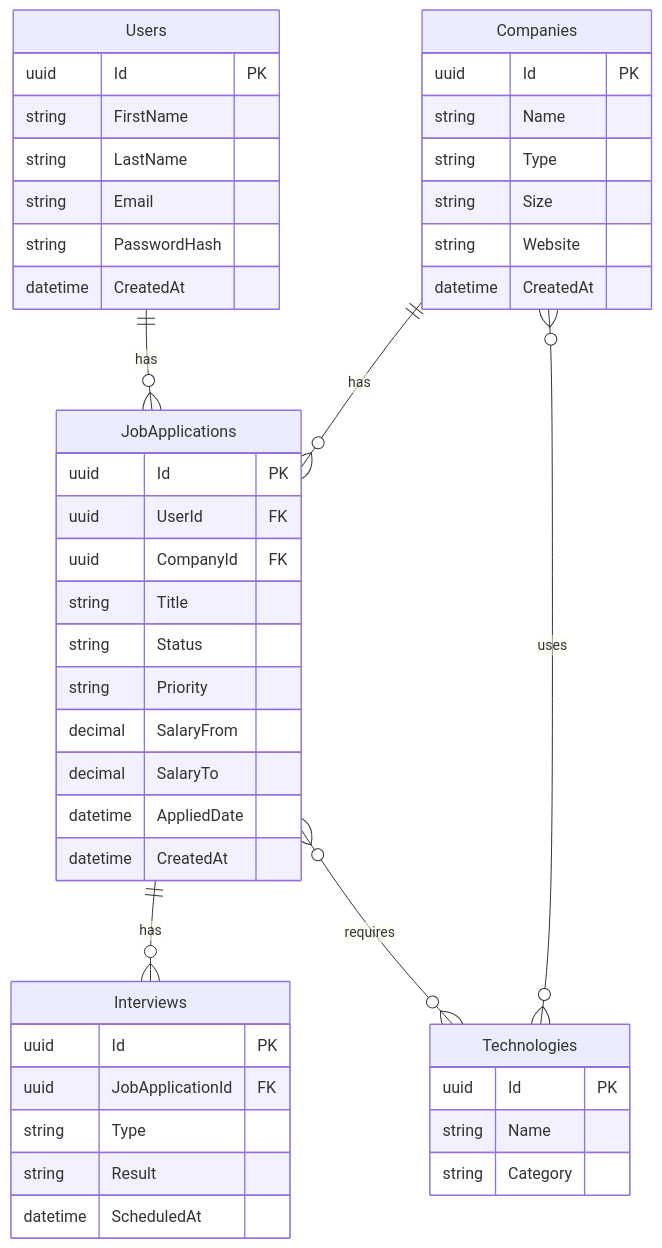
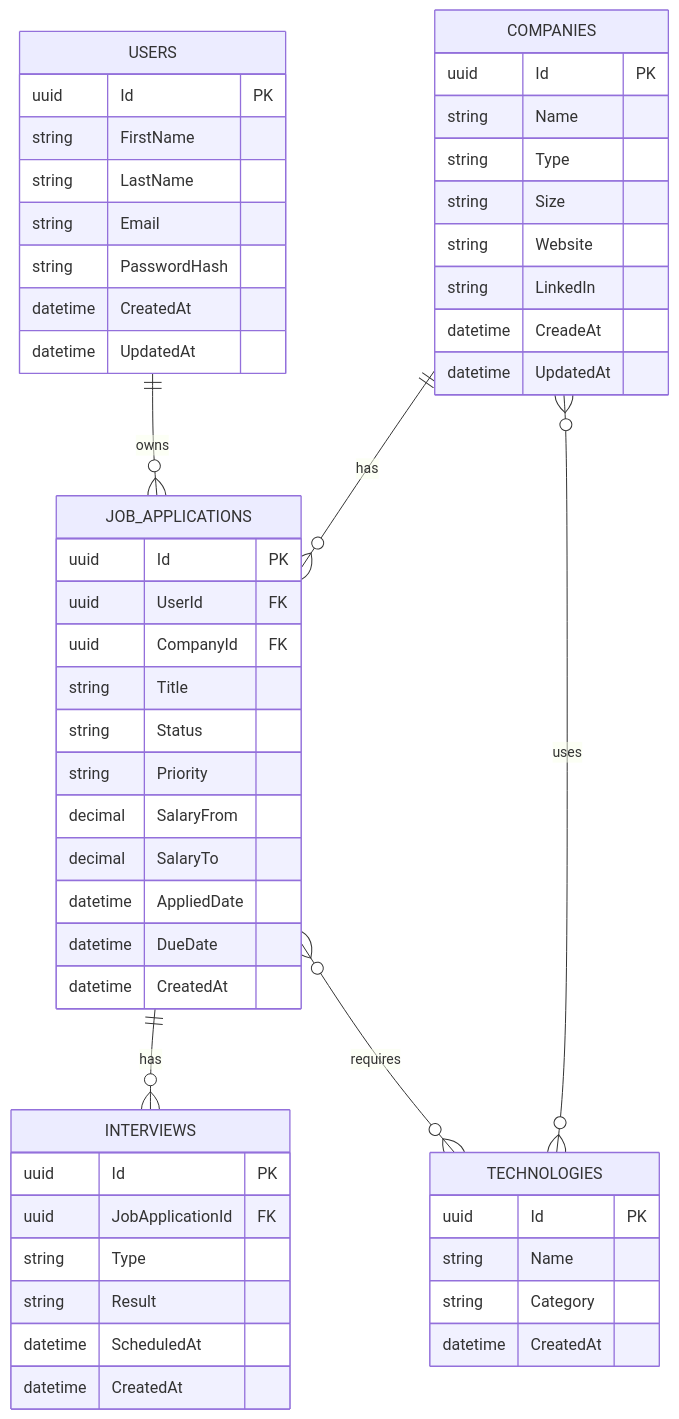
One commit to aemuw/huntly changed the second of 3 diagrams in README.md. Above: the diagram before and after it, drawn with Mermaid. The commit also changed other lines of this file, not shown here.

````diff
--- a/README.md
+++ b/README.md
@@ -99,53 +104,59 @@
 ```mermaid
 erDiagram
-    Users {
+    USERS {
         uuid Id PK
         string FirstName
         string LastName
         string Email
         string PasswordHash
         datetime CreatedAt
+        datetime UpdatedAt
     }
 
-    Companies {
+    COMPANIES {
         uuid Id PK
         string Name
         string Type
         string Size
         string Website
-        datetime CreatedAt
+        string LinkedIn
+        datetime CreadeAt
+        datetime UpdatedAt
     }
 
-    JobApplications {
+    JOB_APPLICATIONS {
         uuid Id PK
         uuid UserId FK
         uuid CompanyId FK
         string Title
         string Status
         string Priority
         decimal SalaryFrom
         decimal SalaryTo
         datetime AppliedDate
+        datetime DueDate
         datetime CreatedAt
     }
 
-    Interviews {
+    INTERVIEWS {
         uuid Id PK
         uuid JobApplicationId FK
         string Type
         string Result
         datetime ScheduledAt
+        datetime CreatedAt
     }
 
-    Technologies {
+    TECHNOLOGIES {
         uuid Id PK
         string Name
         string Category
+        datetime CreatedAt
     }
 
-    Users ||--o{ JobApplications : "has"
-    Companies ||--o{ JobApplications : "has"
-    JobApplications ||--o{ Interviews : "has"
-    Companies }o--o{ Technologies : "uses"
-    JobApplications }o--o{ Technologies : "requires"
+    USERS ||--o{ JOB_APPLICATIONS : "owns"
+    COMPANIES ||--o{ JOB_APPLICATIONS : "has"
+    JOB_APPLICATIONS ||--o{ INTERVIEWS : "has"
+    COMPANIES }o--o{ TECHNOLOGIES : "uses"
+    JOB_APPLICATIONS }o--o{ TECHNOLOGIES : "requires"
 ```
````
